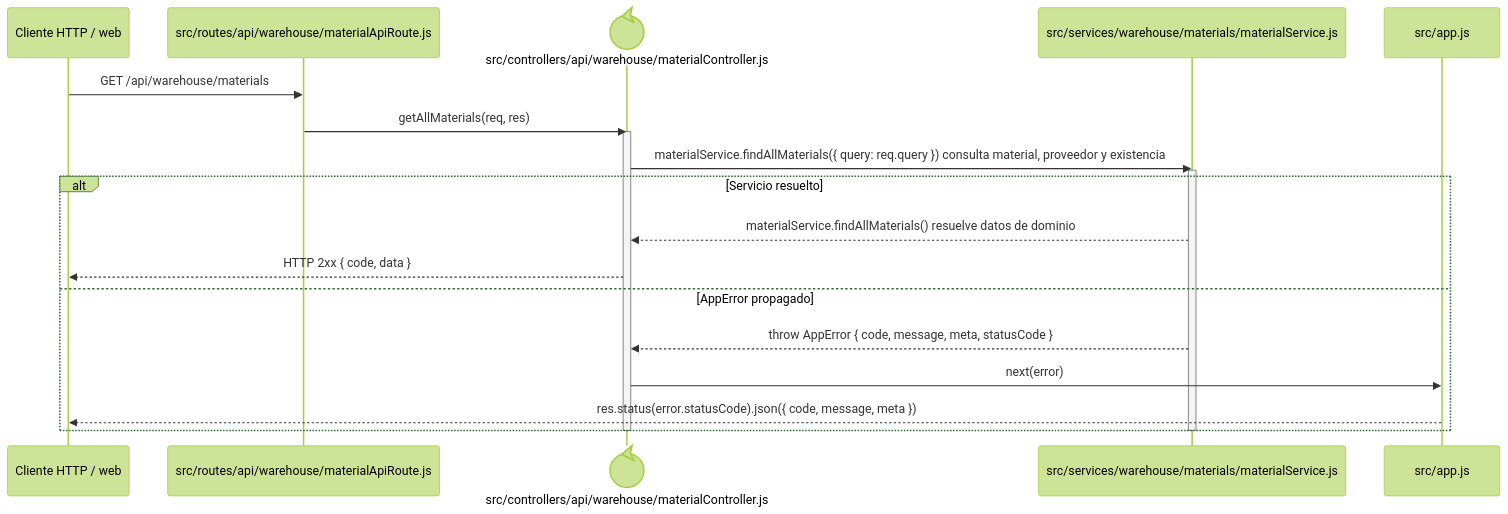
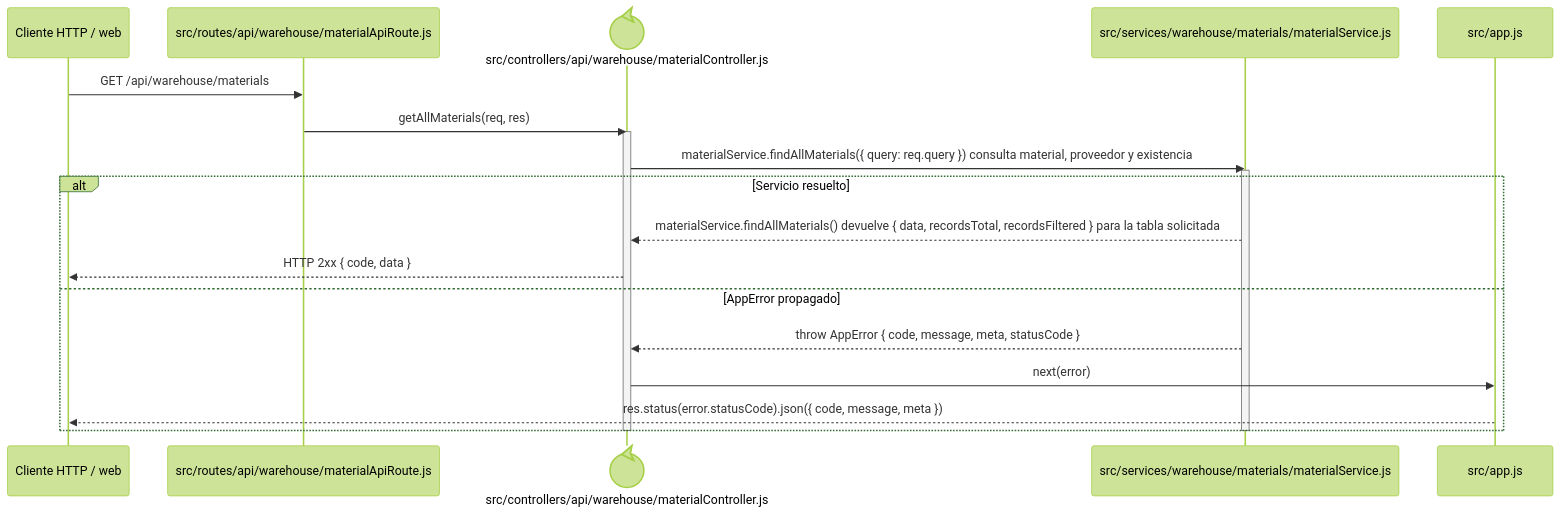
The diagram in docs/architecture/backend-code-sequences/catalogs/cu-alm-01.md (gpgsistemas01/nexus), drawn with Mermaid (forest theme) before and after one commit. The commit also changed 102 other files, not shown here.

````diff
--- a/docs/architecture/backend-code-sequences/catalogs/cu-alm-01.md
+++ b/docs/architecture/backend-code-sequences/catalogs/cu-alm-01.md
@@ -6,24 +6,24 @@
 ```mermaid
 sequenceDiagram
     participant Client as Cliente HTTP / web
     participant Route as src/routes/api/warehouse/materialApiRoute.js
     participant Controller@{ "type": "control" } as src/controllers/api/warehouse/materialController.js
     participant Domain as src/services/warehouse/materials/materialService.js
     participant ErrorHandler as src/app.js
 
     Client->>Route: GET /api/warehouse/materials
     Route->>Controller: getAllMaterials(req, res)
     activate Controller
     Controller->>Domain: materialService.findAllMaterials({ query: req.query }) consulta material, proveedor y existencia
     activate Domain
     alt Servicio resuelto
-        Domain-->>Controller: materialService.findAllMaterials() resuelve datos de dominio
+        Domain-->>Controller: materialService.findAllMaterials() devuelve { data, recordsTotal, recordsFiltered } para la tabla solicitada
         Controller-->>Client: HTTP 2xx { code, data }
     else AppError propagado
         Domain-->>Controller: throw AppError { code, message, meta, statusCode }
         Controller->>ErrorHandler: next(error)
         ErrorHandler-->>Client: res.status(error.statusCode).json({ code, message, meta })
     end
     deactivate Domain
     deactivate Controller
 ```
````
